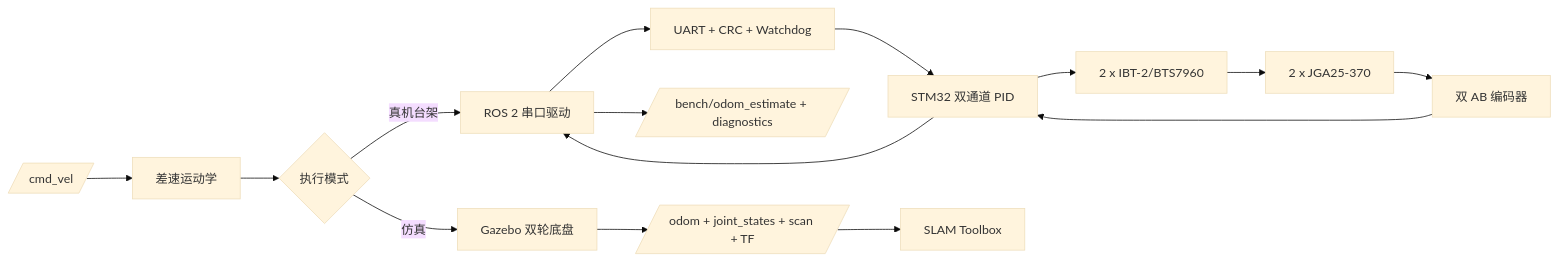
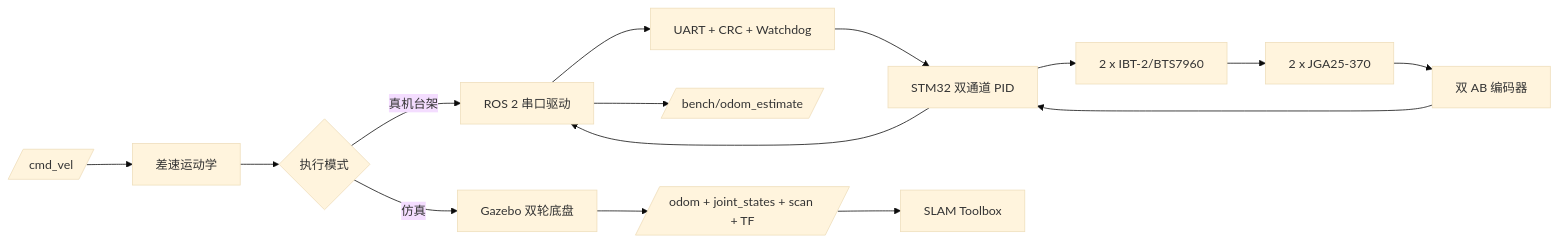
The diagram in docs/architecture.md (qwerty12399/OpenRobot-One), drawn with Mermaid (base theme) before and after one commit. The commit also changed other lines of this file and 31 other files, not shown here.

````diff
--- a/docs/architecture.md
+++ b/docs/architecture.md
@@ -5,17 +5,17 @@
 ```mermaid
 flowchart LR
     cmd[/cmd_vel/] --> kin[差速运动学]
     kin --> mode{执行模式}
     mode -->|仿真| gz[Gazebo 双轮底盘]
     mode -->|真机台架| drv[ROS 2 串口驱动]
     drv --> uart[UART + CRC + Watchdog]
     uart --> mcu[STM32 双通道 PID]
     mcu --> bts[2 x IBT-2/BTS7960]
     bts --> motors[2 x JGA25-370]
     motors --> enc[双 AB 编码器]
     enc --> mcu
     mcu --> drv
-    drv --> bench[/bench/odom_estimate + diagnostics/]
+    drv --> bench[/bench/odom_estimate/]
     gz --> sim[/odom + joint_states + scan + TF/]
     sim --> slam[SLAM Toolbox]
 ```
````
